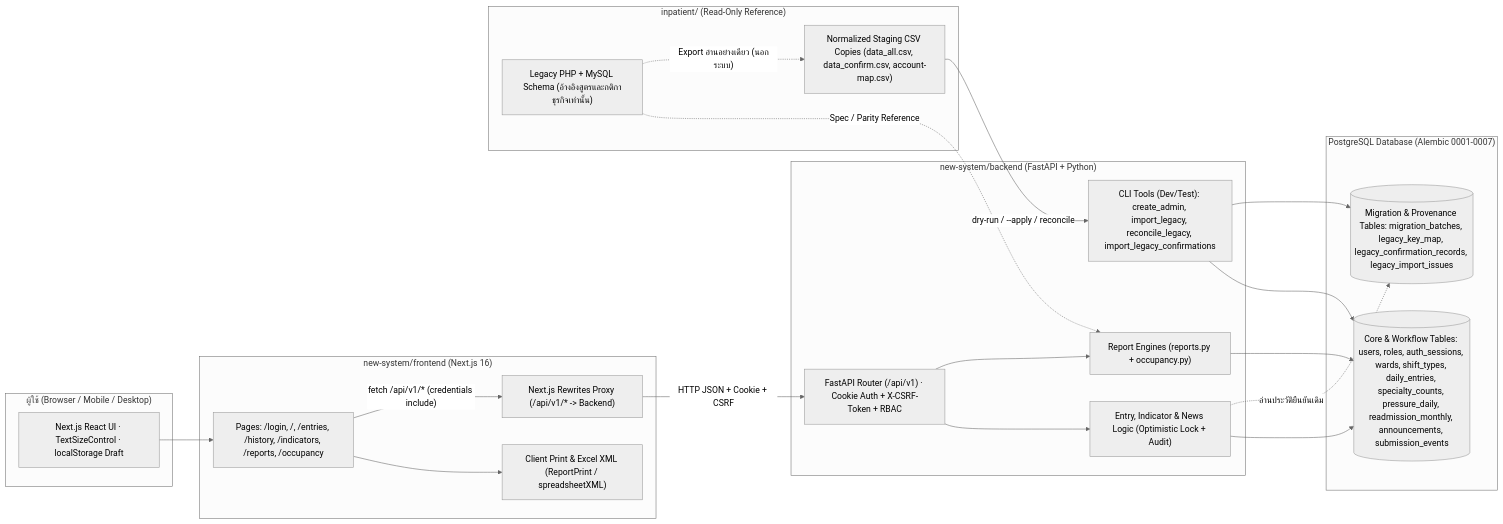
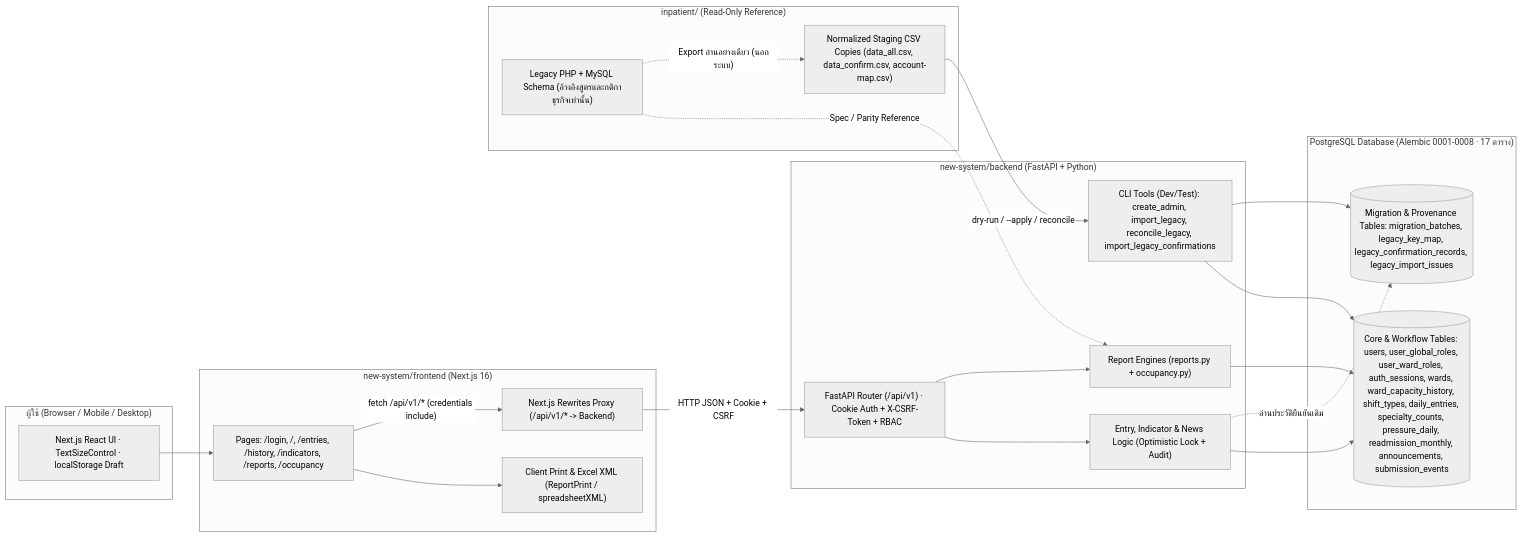
Before and after one commit to ORange11em/inpatient-report-system: the first of 5 diagrams in docs/system-architecture-and-flow.md, drawn with Mermaid (neutral theme). The commit also changed other lines of this file and 55 other files, not shown here.

````diff
--- a/docs/system-architecture-and-flow.md
+++ b/docs/system-architecture-and-flow.md
@@ -301,44 +308,44 @@
 ```mermaid
 flowchart LR
     subgraph Client["ผู้ใช้ (Browser / Mobile / Desktop)"]
         UI["Next.js React UI · TextSizeControl · localStorage Draft"]
     end
 
     subgraph Frontend["new-system/frontend (Next.js 16)"]
         Pages["Pages: /login, /, /entries, /history, /indicators, /reports, /occupancy"]
         Proxy["Next.js Rewrites Proxy (/api/v1/* -> Backend)"]
         Export["Client Print & Excel XML (ReportPrint / spreadsheetXML)"]
     end
 
     subgraph Backend["new-system/backend (FastAPI + Python)"]
         Router["FastAPI Router (/api/v1) · Cookie Auth + X-CSRF-Token + RBAC"]
         EntrySvc["Entry, Indicator & News Logic (Optimistic Lock + Audit)"]
         ReportSvc["Report Engines (reports.py + occupancy.py)"]
         CLI["CLI Tools (Dev/Test): create_admin, import_legacy, reconcile_legacy, import_legacy_confirmations"]
     end
 
-    subgraph Data["PostgreSQL Database (Alembic 0001-0007)"]
-        CoreDB[("Core & Workflow Tables: users, roles, auth_sessions, wards, shift_types, daily_entries, specialty_counts, pressure_daily, readmission_monthly, announcements, submission_events")]
+    subgraph Data["PostgreSQL Database (Alembic 0001-0008 · 17 ตาราง)"]
+        CoreDB[("Core & Workflow Tables: users, user_global_roles, user_ward_roles, auth_sessions, wards, ward_capacity_history, shift_types, daily_entries, specialty_counts, pressure_daily, readmission_monthly, announcements, submission_events")]
         MigDB[("Migration & Provenance Tables: migration_batches, legacy_key_map, legacy_confirmation_records, legacy_import_issues")]
     end
 
     subgraph Legacy["inpatient/ (Read-Only Reference)"]
         LegacyPHP["Legacy PHP + MySQL Schema (อ้างอิงสูตรและกติกาธุรกิจเท่านั้น)"]
         StageCSV["Normalized Staging CSV Copies (data_all.csv, data_confirm.csv, account-map.csv)"]
     end
 
     UI --> Pages
     Pages --> Export
     Pages -->|"fetch /api/v1/* (credentials include)"| Proxy
     Proxy -->|"HTTP JSON + Cookie + CSRF"| Router
     Router --> EntrySvc
     Router --> ReportSvc
     EntrySvc --> CoreDB
     ReportSvc --> CoreDB
     EntrySvc -.->|"อ่านประวัติยืนยันเดิม"| MigDB
     LegacyPHP -.->|"Spec / Parity Reference"| ReportSvc
     LegacyPHP -.->|"Export อ่านอย่างเดียว (นอกระบบ)"| StageCSV
     StageCSV -->|"dry-run / --apply / reconcile"| CLI
     CLI --> CoreDB
     CLI --> MigDB
 ```
````
